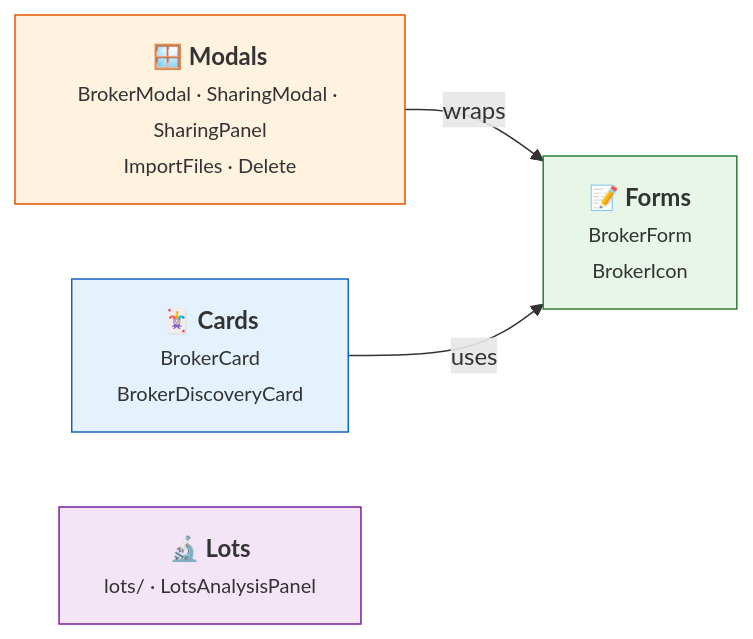
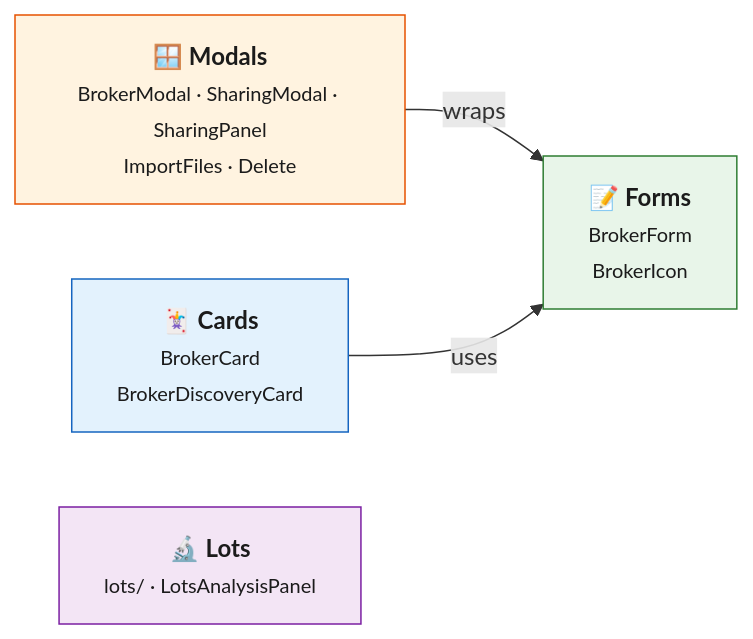
One commit to Librefolio/LibreFolio changed the diagram in mkdocs_src/docs/developer/frontend/components/features/brokers/index.md. Above: the diagram before and after it, drawn with Mermaid. The commit also changed 3 other files, not shown here.

Commit message:
fix(docs): diagram text colour in the brokers and lots pages

````diff
--- a/mkdocs_src/docs/developer/frontend/components/features/brokers/index.md
+++ b/mkdocs_src/docs/developer/frontend/components/features/brokers/index.md
@@ -7,15 +7,15 @@
 ```mermaid
 graph LR
     Cards["🃏 <b>Cards</b><br/><small>BrokerCard<br/>BrokerDiscoveryCard</small>"]
     Forms["📝 <b>Forms</b><br/><small>BrokerForm<br/>BrokerIcon</small>"]
     Modals["🪟 <b>Modals</b><br/><small>BrokerModal · SharingModal · SharingPanel<br/>ImportFiles · Delete</small>"]
     Lots["🔬 <b>Lots</b><br/><small>lots/ · LotsAnalysisPanel</small>"]
 
     Modals -->|wraps| Forms
     Cards -->|uses| Forms
 
-    style Cards fill:#e3f2fd,stroke:#1565c0
-    style Forms fill:#e8f5e9,stroke:#2e7d32
-    style Modals fill:#fff3e0,stroke:#e65100
-    style Lots fill:#f3e5f5,stroke:#7b1fa2
+    style Cards fill:#e3f2fd,color:#1b1b1b,stroke:#1565c0
+    style Forms fill:#e8f5e9,color:#1b1b1b,stroke:#2e7d32
+    style Modals fill:#fff3e0,color:#1b1b1b,stroke:#e65100
+    style Lots fill:#f3e5f5,color:#1b1b1b,stroke:#7b1fa2
 ```
````
